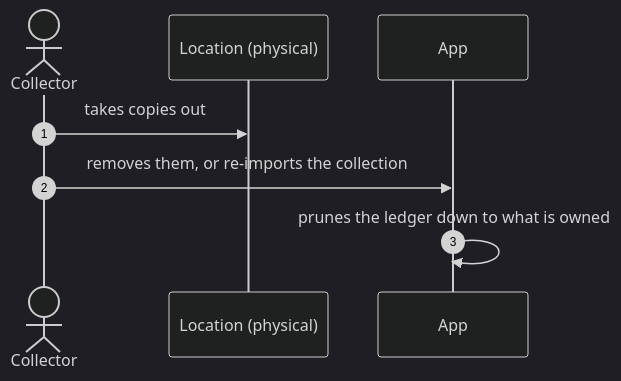
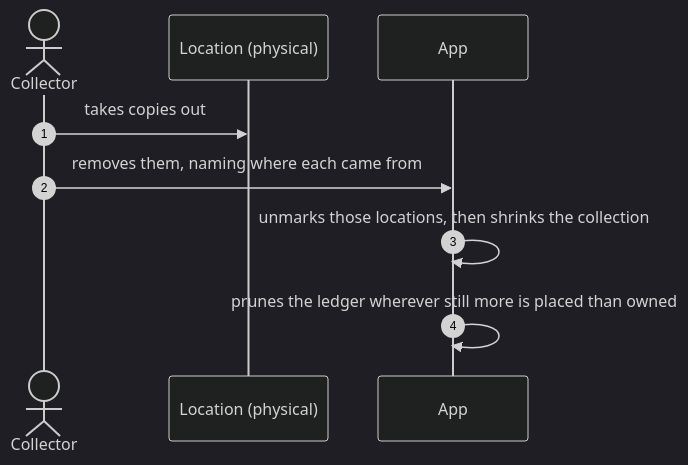
One commit to NicoVIII/tcg-card-collector changed the third of 3 diagrams in docs/dev/domain-stories/filing-cards.md. Above: the diagram before and after it, drawn with Mermaid (dark theme). The commit also changed other lines of this file and 9 other files, not shown here.

````diff
--- a/docs/dev/domain-stories/filing-cards.md
+++ b/docs/dev/domain-stories/filing-cards.md
@@ -90,10 +90,11 @@
 ```mermaid
 sequenceDiagram
   autonumber
   actor C as Collector
   participant L as Location (physical)
   participant A as App
   C->>L: takes copies out
-  C->>A: removes them, or re-imports the collection
-  A->>A: prunes the ledger down to what is owned
+  C->>A: removes them, naming where each came from
+  A->>A: unmarks those locations, then shrinks the collection
+  A->>A: prunes the ledger wherever still more is placed than owned
 ```
````
